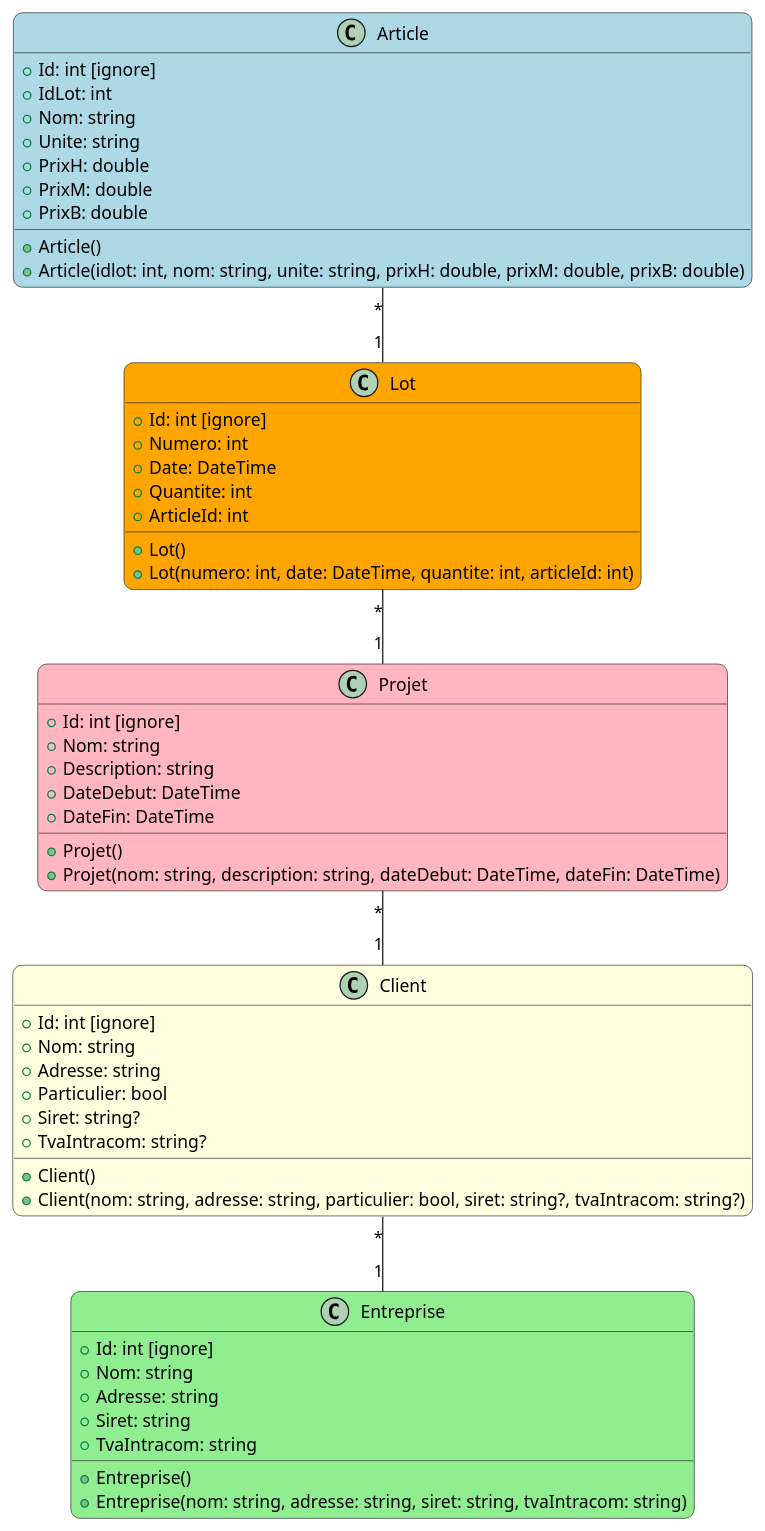
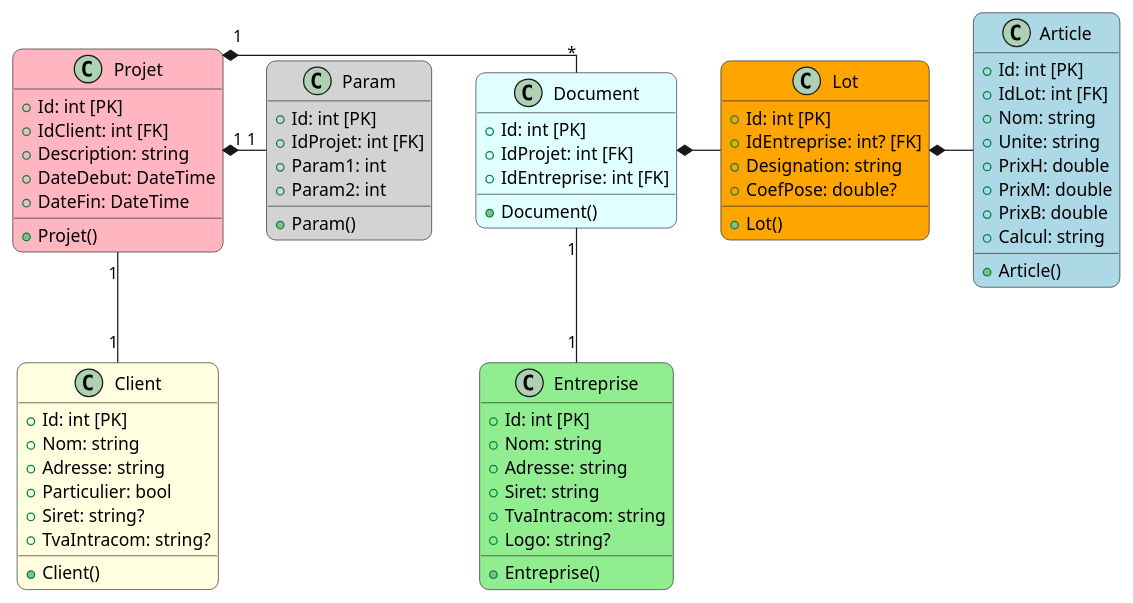
The diagram in BHBq/BHBq.puml (gmobetie/P2i_BHBq), drawn with PlantUML before and after one commit. The commit also changed 1 other file, not shown here.

```diff
--- a/BHBq/BHBq.puml
+++ b/BHBq/BHBq.puml
@@ -1,71 +1,94 @@
 @startuml BHBq_Diagram
 
 skinparam defaultFontName Arial
 skinparam linetype ortho
 skinparam linewidth 2
 skinparam roundcorner 15
 
+' Classe représentant un article qui apparaitra comme une ligne sur le devis
 class Article #lightblue {
-  + Id: int [ignore]
-  + IdLot: int
+  + Id: int [PK]
+  + IdLot: int [FK]
   + Nom: string
   + Unite: string
   + PrixH: double
   + PrixM: double
   + PrixB: double
+  + Calcul: string
 
   + Article()
-  + Article(idlot: int, nom: string, unite: string, prixH: double, prixM: double, prixB: double)
 }
 
+' Classe représentant un client du Groupe BHB
 class Client #lightyellow {
-  + Id: int [ignore]
+  + Id: int [PK]
   + Nom: string
   + Adresse: string
   + Particulier: bool
   + Siret: string?
   + TvaIntracom: string?
 
   + Client()
-  + Client(nom: string, adresse: string, particulier: bool, siret: string?, tvaIntracom: string?)
 }
 
+' Classe représentant une entreprise du groupe BHB
 class Entreprise #lightgreen {
-  + Id: int [ignore]
+  + Id: int [PK]
   + Nom: string
   + Adresse: string
   + Siret: string
   + TvaIntracom: string
+  + Logo: string?
 
   + Entreprise()
-  + Entreprise(nom: string, adresse: string, siret: string, tvaIntracom: string)
 }
 
+' Classe représentant un lot (ensemble d'articles)
 class Lot #orange {
-  + Id: int [ignore]
-  + Numero: int
-  + Date: DateTime
-  + Quantite: int
-  + ArticleId: int
+  + Id: int [PK]
+  + IdEntreprise: int? [FK]
+  + Designation: string
+  + CoefPose: double?
 
   + Lot()
-  + Lot(numero: int, date: DateTime, quantite: int, articleId: int)
 }
 
+' Classe représentant un projet, qui regroupe les informations relatives à un projet
 class Projet #lightpink {
-  + Id: int [ignore]
-  + Nom: string
+  + Id: int [PK]
+  + IdClient: int [FK]
   + Description: string
   + DateDebut: DateTime
   + DateFin: DateTime
 
   + Projet()
-  + Projet(nom: string, description: string, dateDebut: DateTime, dateFin: DateTime)
 }
 
-Article "*" -- "1" Lot
-Lot "*" -- "1" Projet
-Projet "*" -- "1" Client
-Client "*" -- "1" Entreprise
+' Classe représentant l'ensemble des paramètres modélisation une ou plusieurs constructions
+class Param #lightgrey {
+  + Id: int [PK]
+  + IdProjet: int [FK]
+  + Param1: int
+  + Param2: int
+
+  + Param()
+}
+
+' Classe représentant un document type Facture, Devis, Avenant, etc.
+class Document #lightcyan {
+  + Id: int [PK]
+  + IdProjet: int [FK]
+  + IdEntreprise: int [FK]
+
+  + Document()
+}
+
+' Relations entre les classes
+Projet "1" -- "1" Client
+Projet "1" *- "*" Document
+Projet "1" *- "1" Param
+Document *- Lot
+Lot *- Article
+Document "1" -- "1" Entreprise
 
 @enduml
```
